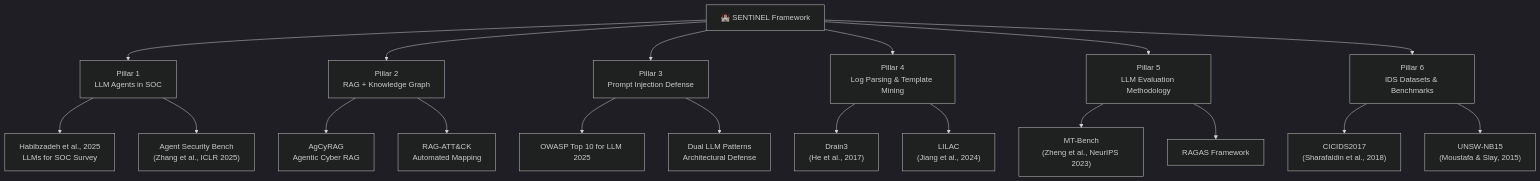
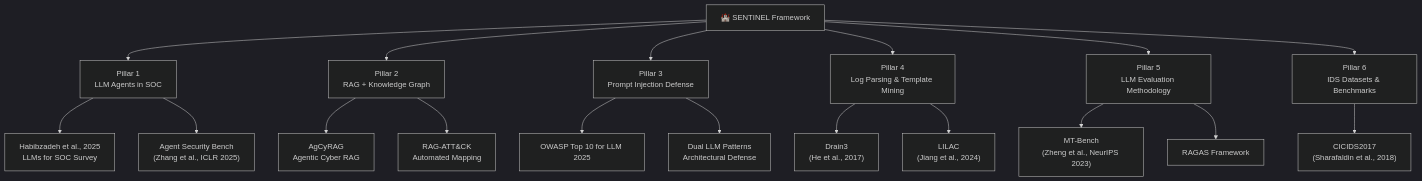
Before and after one commit to Binhchuoizzz/AI_Security_Graph: the diagram in docs/research_roadmap.md, drawn with Mermaid (dark theme). The commit also changed other lines of this file and 3 other files, not shown here.

````diff
--- a/docs/research_roadmap.md
+++ b/docs/research_roadmap.md
@@ -11,36 +11,35 @@
 ```mermaid
 graph TD
     SENTINEL["🏰 SENTINEL Framework"]
     
     P1["Pillar 1\nLLM Agents in SOC"]
     P2["Pillar 2\nRAG + Knowledge Graph"]
     P3["Pillar 3\nPrompt Injection Defense"]
     P4["Pillar 4\nLog Parsing & Template Mining"]
     P5["Pillar 5\nLLM Evaluation Methodology"]
     P6["Pillar 6\nIDS Datasets & Benchmarks"]
     
     SENTINEL --> P1
     SENTINEL --> P2
     SENTINEL --> P3
     SENTINEL --> P4
     SENTINEL --> P5
     SENTINEL --> P6
     
     P1 --> A1["Habibzadeh et al., 2025\nLLMs for SOC Survey"]
     P1 --> A2["Agent Security Bench\n(Zhang et al., ICLR 2025)"]
     
     P2 --> B1["AgCyRAG\nAgentic Cyber RAG"]
     P2 --> B2["RAG-ATT&CK\nAutomated Mapping"]
     
     P3 --> C1["OWASP Top 10 for LLM 2025"]
     P3 --> C2["Dual LLM Patterns\nArchitectural Defense"]
     
     P4 --> D1["Drain3\n(He et al., 2017)"]
     P4 --> D2["LILAC\n(Jiang et al., 2024)"]
     
     P5 --> E1["MT-Bench\n(Zheng et al., NeurIPS 2023)"]
     P5 --> E2["RAGAS Framework"]
     
     P6 --> F1["CICIDS2017\n(Sharafaldin et al., 2018)"]
-    P6 --> F2["UNSW-NB15\n(Moustafa & Slay, 2015)"]
 ```
````
